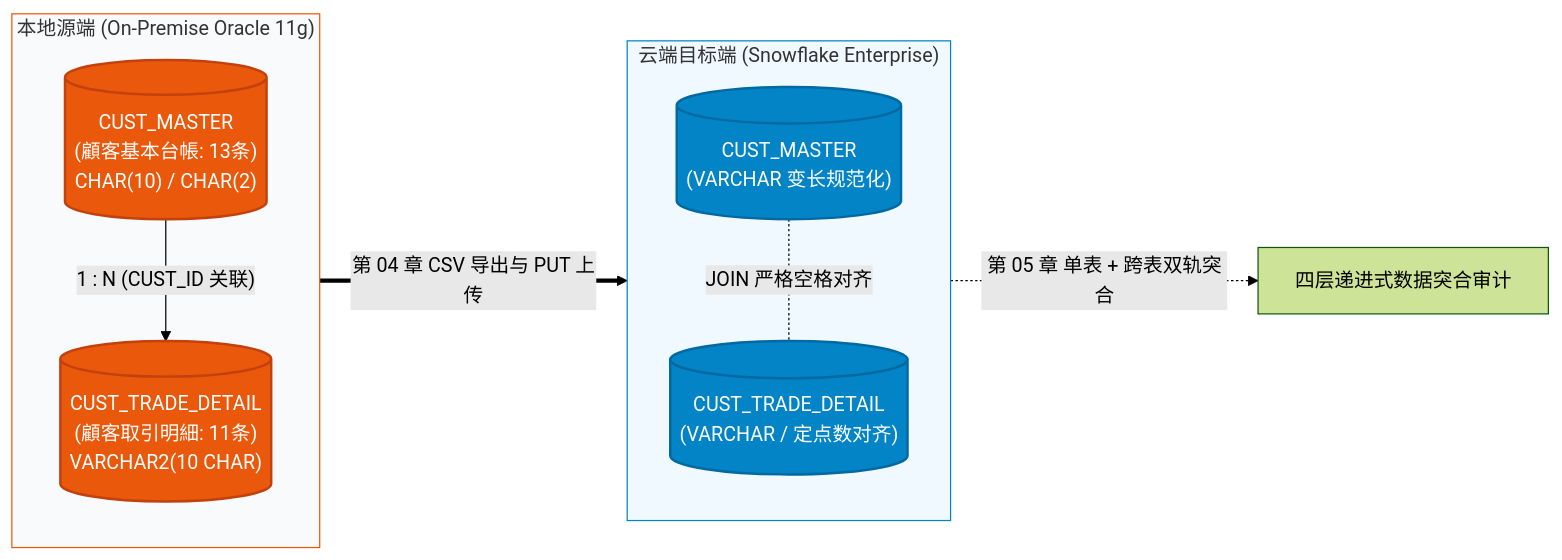
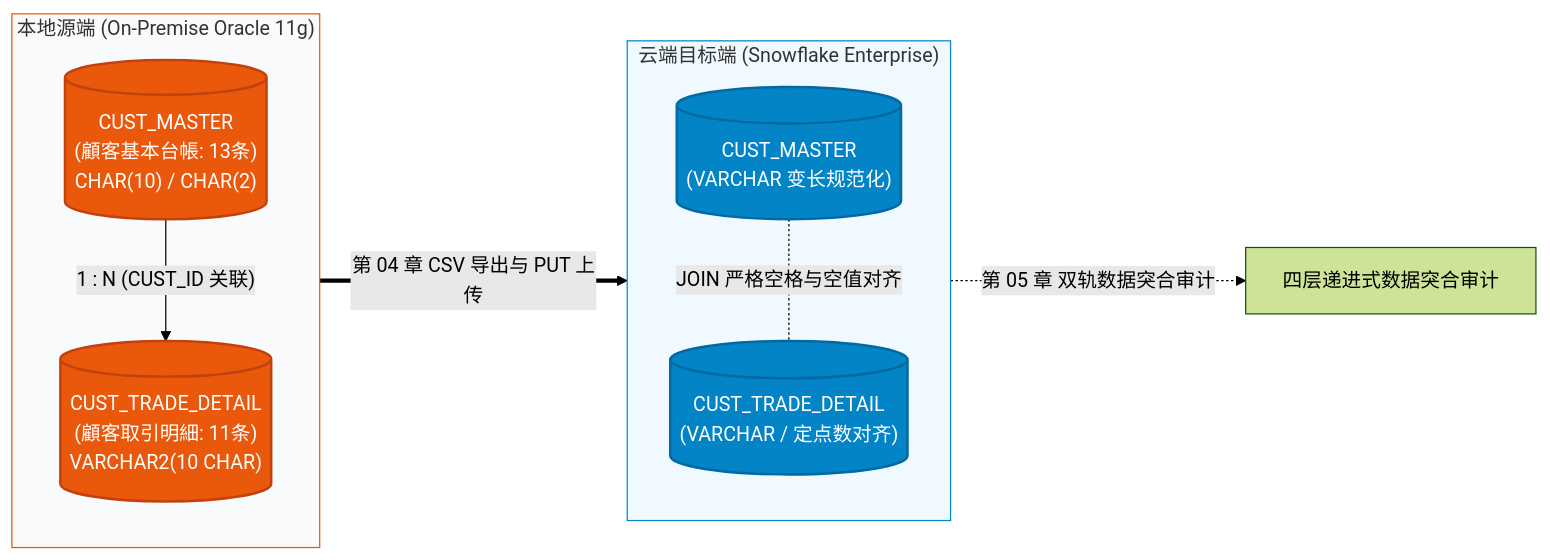
Before and after one commit to BIGMAX-RKO007/snowflakeblog: the diagram in docs/zh/02_oracle_setup_and_data.md, drawn with Mermaid (forest theme). The commit also changed other lines of this file and 3 other files, not shown here.

````diff
--- a/docs/zh/02_oracle_setup_and_data.md
+++ b/docs/zh/02_oracle_setup_and_data.md
@@ -15,26 +17,26 @@
 ```mermaid
 flowchart LR
     subgraph Source ["本地源端 (On-Premise Oracle 11g)"]
         direction TB
         M_ORA[("CUST_MASTER<br/>(顧客基本台帳: 13条)<br/>CHAR(10) / CHAR(2)")]
         T_ORA[("CUST_TRADE_DETAIL<br/>(顧客取引明細: 11条)<br/>VARCHAR2(10 CHAR)")]
         M_ORA -- "1 : N (CUST_ID 关联)" --> T_ORA
     end
 
     subgraph Target ["云端目标端 (Snowflake Enterprise)"]
         direction TB
         M_SNOW[("CUST_MASTER<br/>(VARCHAR 变长规范化)")]
         T_SNOW[("CUST_TRADE_DETAIL<br/>(VARCHAR / 定点数对齐)")]
-        M_SNOW -. "JOIN 严格空格对齐" .- T_SNOW
+        M_SNOW -. "JOIN 严格空格与空值对齐" .- T_SNOW
     end
 
     Source ==>|第 04 章 CSV 导出与 PUT 上传| Target
-    Target -.->|第 05 章 单表 + 跨表双轨突合| AUDIT["四层递进式数据突合审计"]
+    Target -.->|第 05 章 双轨数据突合审计| AUDIT["四层递进式数据突合审计"]
 
     style Source fill:#f8fafc,stroke:#ea580c,stroke-width:1px
     style Target fill:#f0f9ff,stroke:#0284c7,stroke-width:1px
     style M_ORA fill:#ea580c,stroke:#c2410c,stroke-width:2px,color:#ffffff
     style T_ORA fill:#ea580c,stroke:#c2410c,stroke-width:2px,color:#ffffff
     style M_SNOW fill:#0284c7,stroke:#0369a1,stroke-width:2px,color:#ffffff
     style T_SNOW fill:#0284c7,stroke:#0369a1,stroke-width:2px,color:#ffffff
 ```
````
